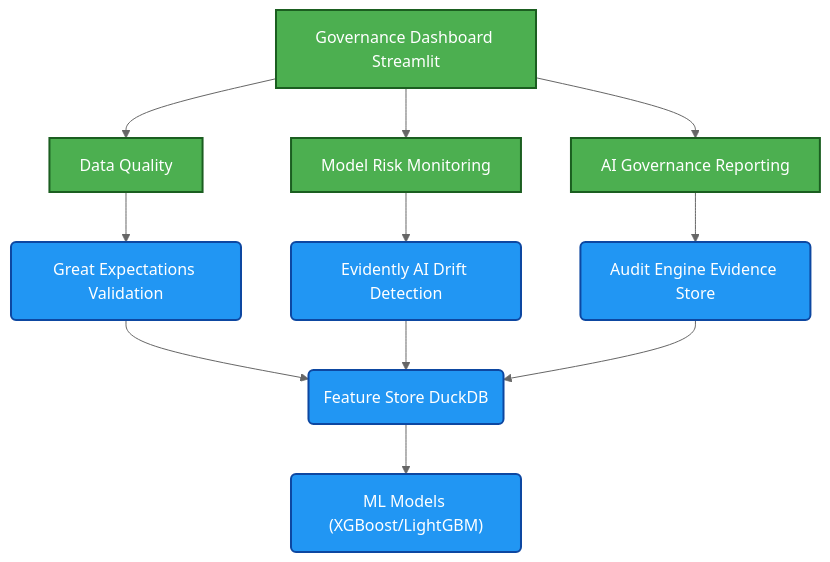
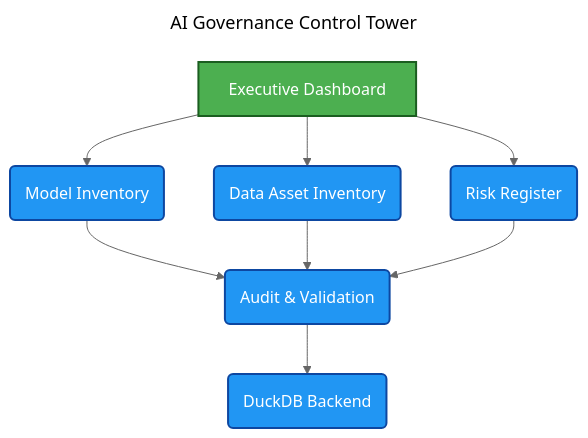
Before and after one commit to vrrgithub1/ai-governance-control-tower: the diagram in README.md, drawn with Mermaid (neutral theme). The commit also changed other lines of this file, not shown here.

````diff
--- a/README.md
+++ b/README.md
@@ -64,19 +9,20 @@
 ```mermaid
+---
+title: AI Governance Control Tower
+---
 graph TD;
     classDef process fill:#2196F3,stroke:#0D47A1,stroke-width:2px,color:#fff;
     classDef entity fill:#4CAF50,stroke:#1B5E20,stroke-width:2px,color:#fff;
     
-    Dash[Governance Dashboard Streamlit]:::entity --> DQ[Data Quality]:::entity;
-    Dash[Governance Dashboard Streamlit]:::entity --> MRM[Model Risk Monitoring]:::entity;
-    Dash[Governance Dashboard Streamlit]:::entity --> AIGR[AI Governance Reporting]:::entity;
+    Dash[Executive Dashboard]:::entity --> MI(Model Inventory):::process;
+    Dash[Executive Dashboard]:::entity --> DAI(Data Asset Inventory):::process;
+    Dash[Executive Dashboard]:::entity --> RR(Risk Register):::process;
 
-    DQ[Data Quality]:::entity --> GEV(Great Expectations Validation):::process;
-    MRM[Model Risk Monitoring]:::entity --> EADD(Evidently AI Drift Detection):::process;
-    AIGR[AI Governance Reporting]:::entity --> AEES(Audit Engine Evidence Store):::process;
-    GEV(Great Expectations Validation):::process --> FSDB(Feature Store DuckDB):::process;
-    EADD(Evidently AI Drift Detection):::process --> FSDB(Feature Store DuckDB):::process;
-    AEES(Audit Engine Evidence Store):::process --> FSDB(Feature Store DuckDB):::process;
+    MI(Model Inventory):::process --> AV("Audit & Validation"):::process;
+    DAI(Data Asset Inventory):::process --> AV("Audit & Validation"):::process;
+    RR(Risk Register):::process --> AV("Audit & Validation"):::process;
 
-    FSDB(Feature Store DuckDB):::process --> MLM("ML Models (XGBoost/LightGBM)"):::process;
+    AV("Audit & Validation"):::process --> DB("DuckDB Backend"):::process;
+
 
 ```
````
